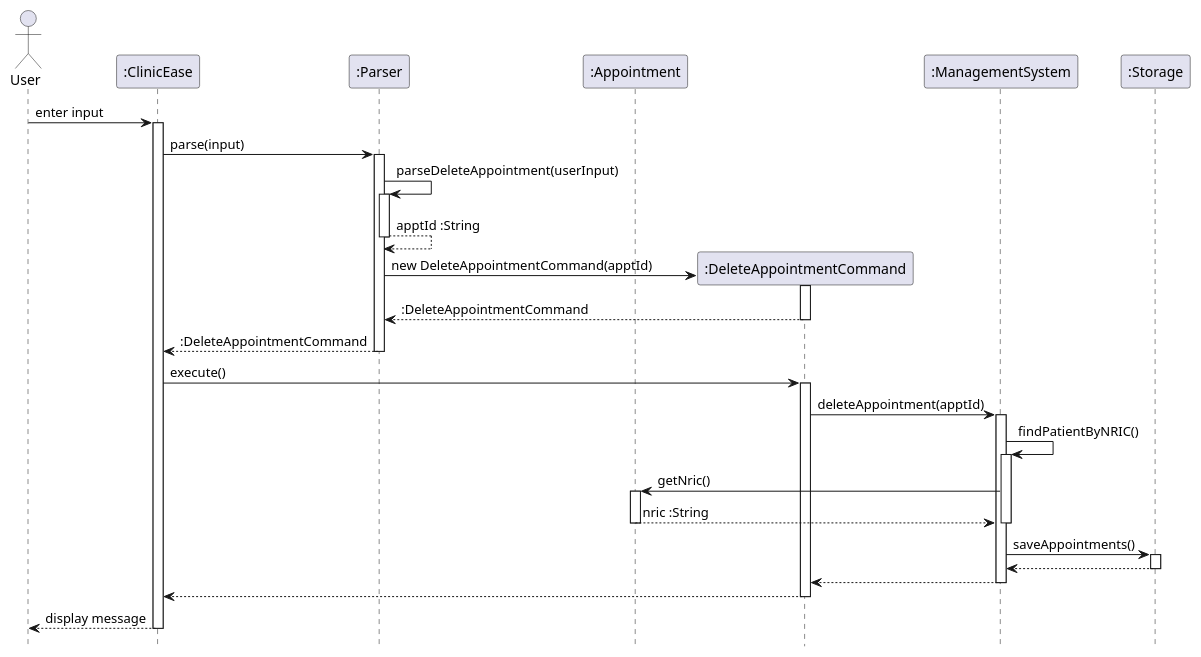
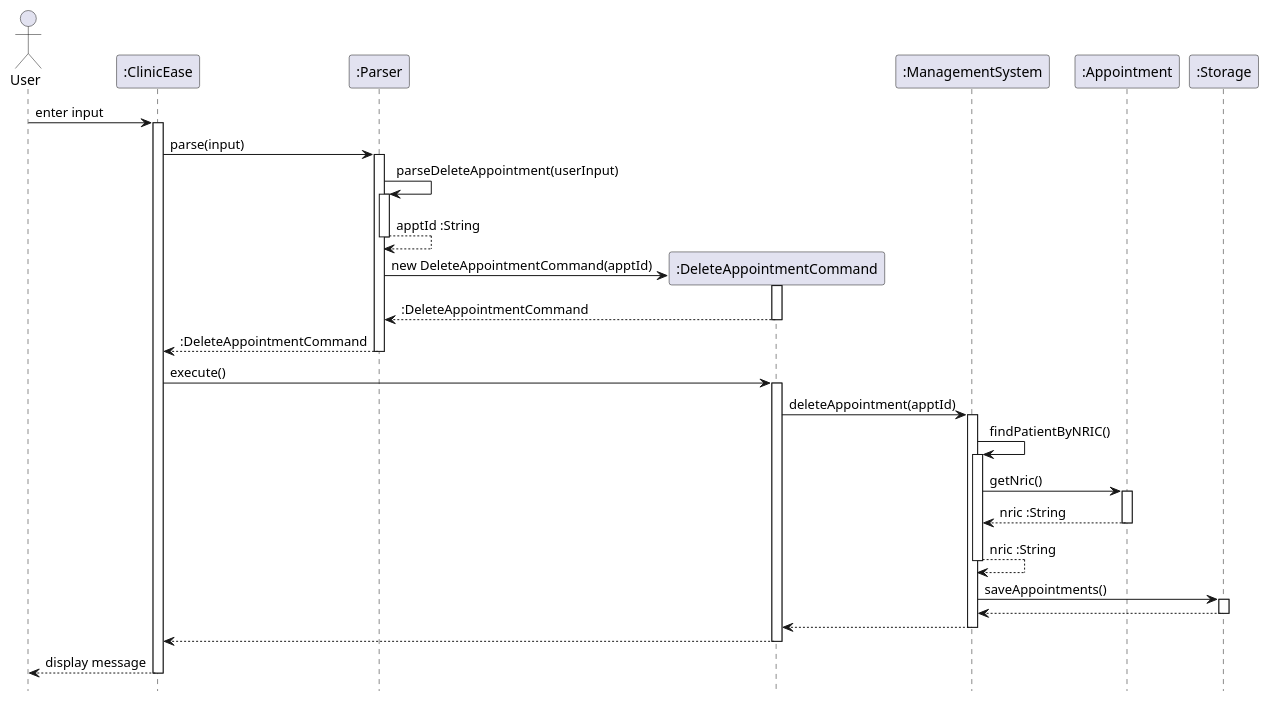
One commit to chwenyee/tp changed the diagram in docs/diagrams/deleteAppointmentSequence.puml. Above: the diagram before and after it, drawn with PlantUML. The commit also changed 5 other files, not shown here.

```diff
--- a/docs/diagrams/deleteAppointmentSequence.puml
+++ b/docs/diagrams/deleteAppointmentSequence.puml
@@ -1,58 +1,59 @@
 @startuml
 hide footbox
 
 actor User
 
 participant ":ClinicEase" as ClinicEase
 participant ":Parser" as Parser
-participant ":Appointment" as Appointment
 participant ":DeleteAppointmentCommand" as DeleteAppointmentCommand
 participant ":ManagementSystem" as ManagementSystem
+participant ":Appointment" as Appointment
 participant ":Storage" as Storage
 
 User -> ClinicEase : enter input
 activate ClinicEase
 ClinicEase -> Parser : parse(input)
 activate Parser
 
 Parser -> Parser : parseDeleteAppointment(userInput)
 activate Parser
 Parser --> Parser : apptId :String
 deactivate Parser
 
 create DeleteAppointmentCommand
 Parser -> DeleteAppointmentCommand : new DeleteAppointmentCommand(apptId)
 activate DeleteAppointmentCommand
 DeleteAppointmentCommand --> Parser : :DeleteAppointmentCommand
 deactivate DeleteAppointmentCommand
 Parser --> ClinicEase : :DeleteAppointmentCommand
 deactivate Parser
 
 ClinicEase -> DeleteAppointmentCommand : execute()
 activate DeleteAppointmentCommand
 DeleteAppointmentCommand -> ManagementSystem : deleteAppointment(apptId)
 
 activate ManagementSystem
 ManagementSystem -> ManagementSystem : findPatientByNRIC()
 activate ManagementSystem
 ManagementSystem -> Appointment : getNric()
 activate Appointment
 Appointment --> ManagementSystem : nric :String
 deactivate Appointment
+ManagementSystem --> ManagementSystem : nric :String
 deactivate ManagementSystem
 
 ManagementSystem -> Storage : saveAppointments()
 activate Storage
 Storage --> ManagementSystem :
 deactivate Storage
 ManagementSystem --> DeleteAppointmentCommand :
 deactivate ManagementSystem
 
 deactivate ManagementSystem
 DeleteAppointmentCommand --> ClinicEase :
 deactivate DeleteAppointmentCommand
 ClinicEase --> User : display message
 deactivate ClinicEase
 
 
 @enduml
```
